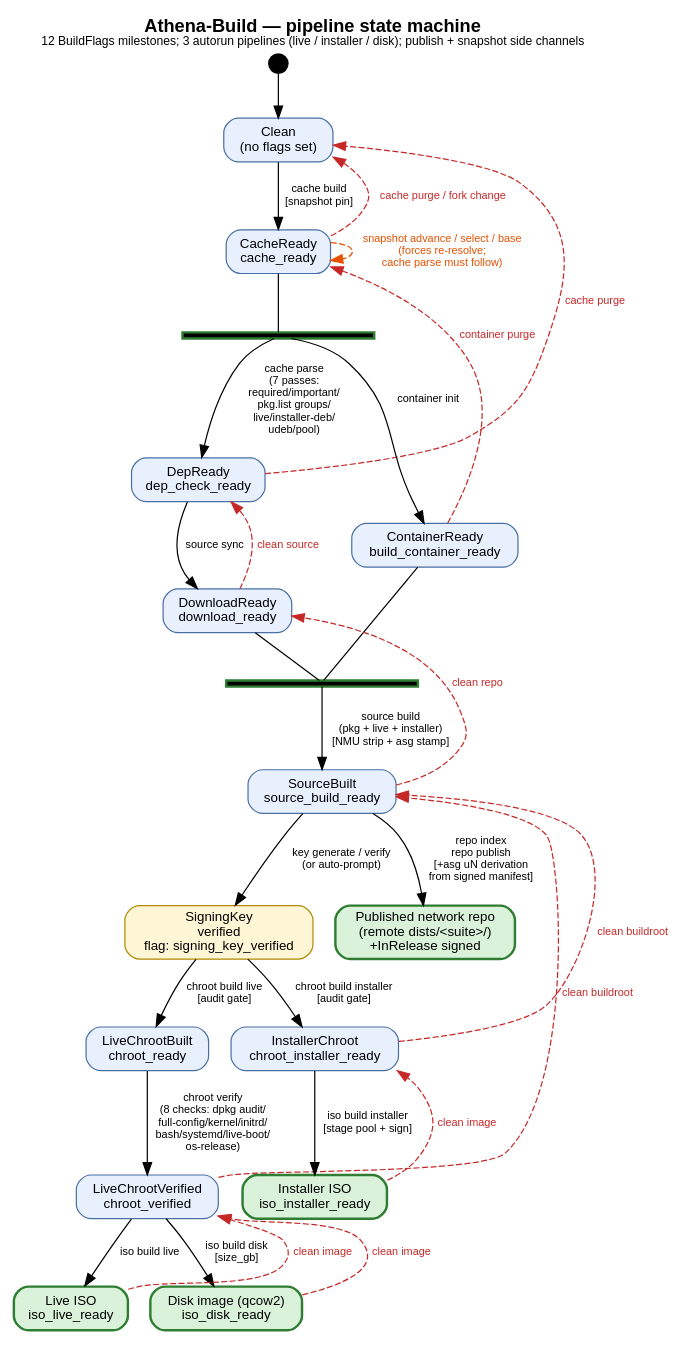
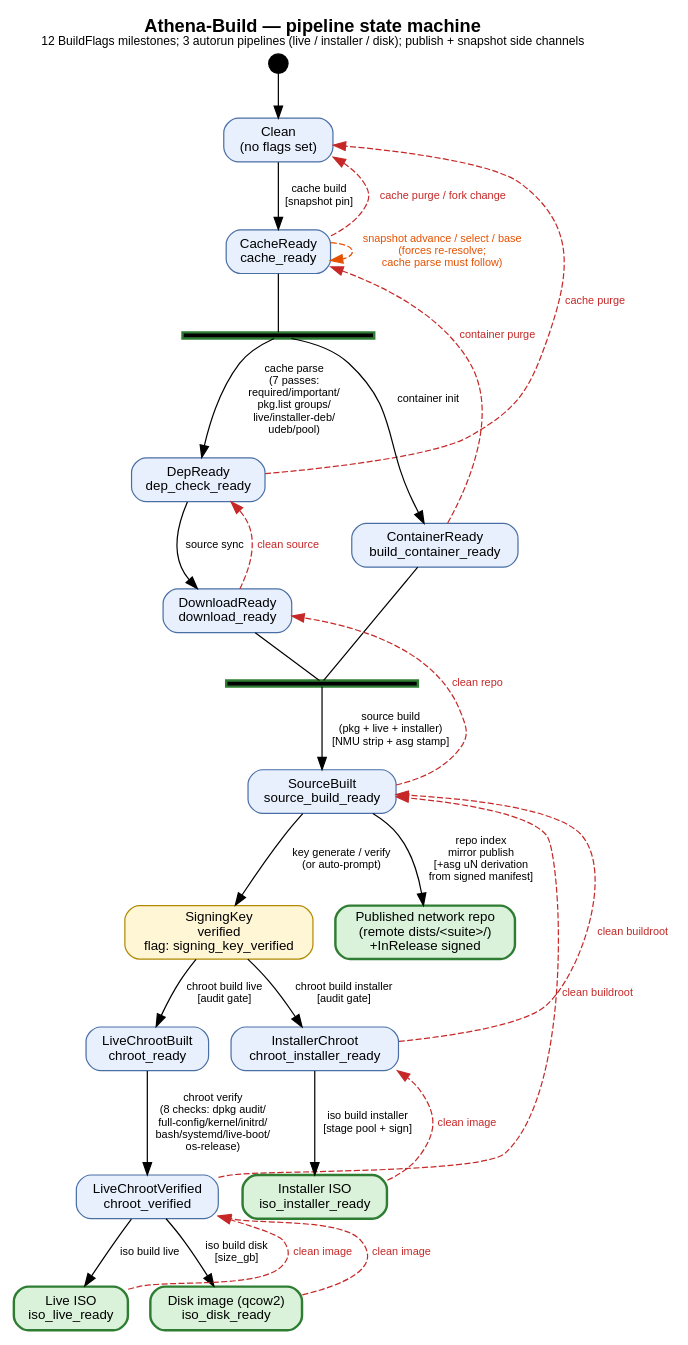
Before and after one commit to summertanks/Athena-Build: the diagram in docs/diagrams/build-fsm.dot, drawn with Graphviz. The commit also changed 11 other files, not shown here.

```diff
--- a/docs/diagrams/build-fsm.dot
+++ b/docs/diagrams/build-fsm.dot
@@ -1,102 +1,104 @@
 // Athena-Build pipeline state machine.
 // Source of truth for docs/diagrams/build-fsm.png.
 // Regenerate: dot -Tpng docs/diagrams/build-fsm.dot -o docs/diagrams/build-fsm.png
 //
 // States are the BuildFlags milestones (scripts/build.py:BuildFlags — 12 flags).
 // Solid blue edges = forward pipeline (command + gate). Red dashed edges =
 // reset/invalidation by non-pipeline commands. Green nodes = end-state
 // artifacts (ISO / disk / published network repo). Black bars = UML
 // fork/join (parallel branch + reconverge). Yellow rounded box =
 // pre-flight signing-key gate.
 
 digraph AthenaBuildFSM {
     rankdir=TB;
     bgcolor="white";
     labelloc="t";
     label=<<b>Athena-Build &mdash; pipeline state machine</b><br/><font point-size="10">12 BuildFlags milestones; 3 autorun pipelines (live / installer / disk); publish + snapshot side channels</font>>;
     fontname="Helvetica"; fontsize=15;
     node [fontname="Helvetica", fontsize=11];
     edge [fontname="Helvetica", fontsize=9];
 
     // ---- start pseudo-state ----
     start [shape=circle, width=0.22, label="", style=filled, fillcolor=black];
 
     // ---- pipeline states (blue) ----
     node [shape=box, style="rounded,filled", fillcolor="#E8F0FE", color="#4A6FA5"];
     Clean              [label="Clean\n(no flags set)"];
     CacheReady         [label="CacheReady\ncache_ready"];
     DepReady           [label="DepReady\ndep_check_ready"];
     ContainerReady     [label="ContainerReady\nbuild_container_ready"];
     DownloadReady      [label="DownloadReady\ndownload_ready"];
     SourceBuilt        [label="SourceBuilt\nsource_build_ready"];
     LiveChrootBuilt    [label="LiveChrootBuilt\nchroot_ready"];
     LiveChrootVerified [label="LiveChrootVerified\nchroot_verified"];
     InstallerChroot    [label="InstallerChroot\nchroot_installer_ready"];
 
     // ---- signing-key gate (yellow, pre-flight) ----
     node [shape=box, style="rounded,filled", fillcolor="#FFF6D6", color="#B08900"];
     SigningKeyVerified [label="SigningKey\nverified\nflag: signing_key_verified"];
 
     // ---- end-states (ISO / disk / published repo, green) ----
     node [shape=box, style="rounded,filled", fillcolor="#D9F2D9", color="#2E7D32", penwidth=2];
     LiveISO       [label="Live ISO\niso_live_ready"];
     InstallerISO  [label="Installer ISO\niso_installer_ready"];
     DiskImage     [label="Disk image (qcow2)\niso_disk_ready"];
     NetworkRepo   [label="Published network repo\n(remote dists/&lt;suite&gt;/)\n+InRelease signed"];
 
     // ---- UML fork / join bars ----
     cache_fork [shape=box, width=2.2, height=0.07, style=filled, fillcolor=black, label=""];
     src_join   [shape=box, width=2.2, height=0.07, style=filled, fillcolor=black, label=""];
 
     // ---- forward pipeline edges (blue, default style) ----
     start -> Clean;
     Clean -> CacheReady [label="cache build\n[snapshot pin]"];
     CacheReady -> cache_fork [arrowhead=none];
     cache_fork -> DepReady       [label="cache parse\n(7 passes:\nrequired/important/\npkg.list groups/\nlive/installer-deb/\nudeb/pool)"];
     cache_fork -> ContainerReady [label="container init"];
     DepReady -> DownloadReady [label="source sync"];
     DownloadReady  -> src_join [arrowhead=none];
     ContainerReady -> src_join [arrowhead=none];
     src_join -> SourceBuilt [label="source build\n(pkg + live + installer)\n[NMU strip + asg stamp]"];
 
     // Signing key gate — pre-flight before either chroot build path
     SourceBuilt -> SigningKeyVerified [label="key generate / verify\n(or auto-prompt)"];
     SigningKeyVerified -> LiveChrootBuilt [label="chroot build live\n[audit gate]"];
     SigningKeyVerified -> InstallerChroot [label="chroot build installer\n[audit gate]"];
 
     LiveChrootBuilt -> LiveChrootVerified [label="chroot verify\n(8 checks: dpkg audit/\nfull-config/kernel/initrd/\nbash/systemd/live-boot/\nos-release)"];
 
     // Terminal artefact branches
     LiveChrootVerified -> LiveISO    [label="iso build live"];
     LiveChrootVerified -> DiskImage  [label="iso build disk\n[size_gb]"];
     InstallerChroot   -> InstallerISO [label="iso build installer\n[stage pool + sign]"];
 
     // Publish branch — runs from SourceBuilt via index + publish.
     // The local repo/dists/ is generated by `repo index`; remote network
-    // repo lands via `repo publish ssh|git|local`.  Network repo carries
-    // multi-component layout (main + contrib + non-free + non-free-firmware
-    // when populated); cdrom ISOs stay flat main-only.
-    SourceBuilt -> NetworkRepo [label="repo index\nrepo publish\n[+asg uN derivation\nfrom signed manifest]"];
+    // repo lands via `mirror publish` to every configured peer (MIRROR-01
+    // federation surface).  Network repo carries multi-component layout
+    // (main + contrib + non-free + non-free-firmware when populated);
+    // cdrom ISOs stay flat main-only.
+    SourceBuilt -> NetworkRepo [label="repo index\nmirror publish\n[+asg uN derivation\nfrom signed manifest]"];
 
     // ---- reset / invalidation edges (red dashed, non-pipeline commands) ----
     edge [color="#C62828", fontcolor="#C62828", style=dashed, constraint=false];
     CacheReady     -> Clean        [label="cache purge / fork change"];
     DepReady       -> Clean        [label="cache purge"];
     ContainerReady -> CacheReady   [label="container purge"];
     DownloadReady  -> DepReady     [label="clean source"];
     SourceBuilt    -> DownloadReady [label="clean repo"];
     LiveChrootVerified -> SourceBuilt [label="clean buildroot"];
     InstallerChroot    -> SourceBuilt [label="clean buildroot"];
     LiveISO      -> LiveChrootVerified [label="clean image"];
     DiskImage    -> LiveChrootVerified [label="clean image"];
     InstallerISO -> InstallerChroot    [label="clean image"];
 
     // Snapshot management (orange-dashed, lateral side channel)
     edge [color="#E65100", fontcolor="#E65100", style=dashed];
     CacheReady -> CacheReady [label="snapshot advance / select / base\n(forces re-resolve;\ncache parse must follow)"];
 
     // note: `clean all` resets every flag -> Clean from any state (not drawn).
-    // note: `repo external enable/disable` toggles whether NetworkRepo is the
-    // append-only authority for +asg uN (true) or whether the local signed
-    // manifest is (false).  Not drawn — runtime toggle, not a state.
+    // note: under MIRROR-01, every configured mirror (one state file per
+    // peer at config/mirror.<name>.state) is the append-only +asg uN
+    // authority; the local signed manifest is the union of all peers'
+    // published indices (re-merged on every `mirror publish`).
 }
```
